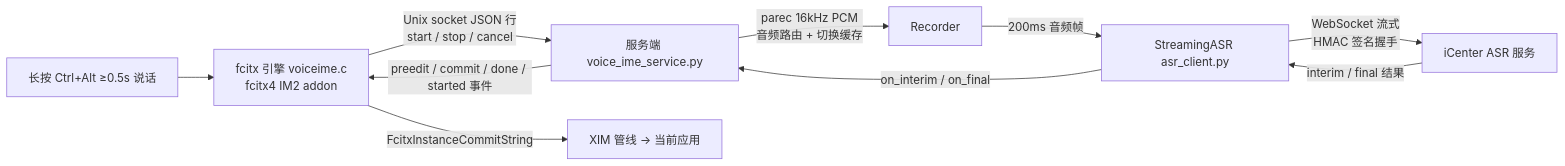
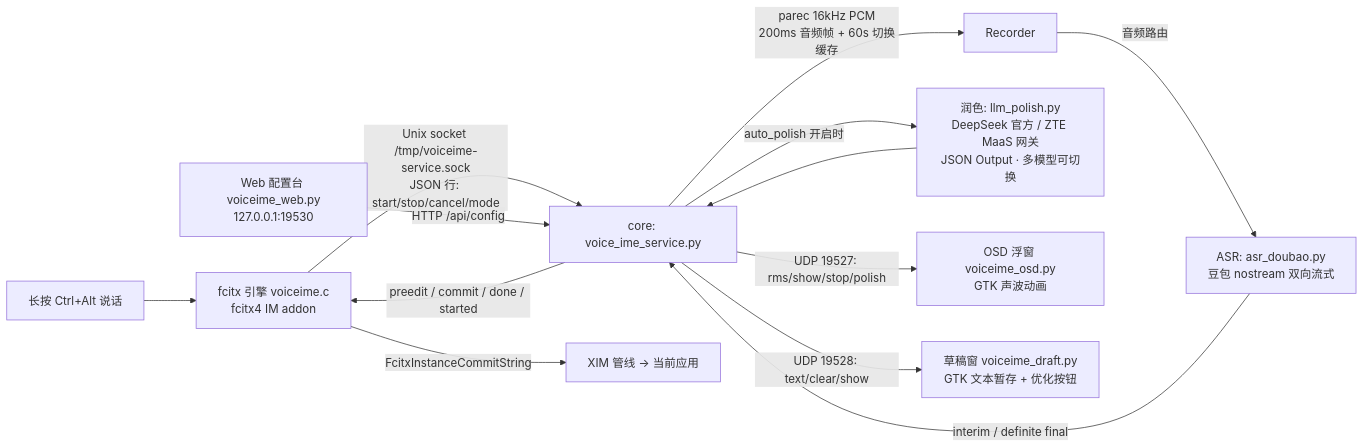
One commit to lzyyzznl/voice-ime changed the diagram in README.md. Above: the diagram before and after it, drawn with Mermaid. The commit also changed other lines of this file and 6 other files, not shown here.

````diff
--- a/README.md
+++ b/README.md
@@ -10,12 +10,15 @@
 ```mermaid
 flowchart LR
-    U[长按 Ctrl+Alt ≥0.5s 说话] --> E[fcitx 引擎 voiceime.c<br/>fcitx4 IM2 addon]
-    E -->|"Unix socket JSON 行<br/>start / stop / cancel"| S[服务端 voice_ime_service.py]
-    S -->|"parec 16kHz PCM<br/>音频路由 + 切换缓存"| R[Recorder]
-    R -->|"200ms 音频帧"| A[StreamingASR asr_client.py]
-    A -->|"WebSocket 流式<br/>HMAC 签名握手"| I[iCenter ASR 服务]
-    I -->|"interim / final 结果"| A
-    A -->|"on_interim / on_final"| S
-    S -->|"preedit / commit / done / started 事件"| E
+    U[长按 Ctrl+Alt 说话] --> E[fcitx 引擎 voiceime.c<br/>fcitx4 IM addon]
+    E -->|"Unix socket /tmp/voiceime-service.sock<br/>JSON 行: start/stop/cancel/mode"| S[core: voice_ime_service.py]
+    S -->|"parec 16kHz PCM<br/>200ms 音频帧 + 60s 切换缓存"| R[Recorder]
+    R -->|"音频路由"| A[ASR: asr_doubao.py<br/>豆包 nostream 双向流式]
+    A -->|"interim / definite final"| S
+    S -->|"auto_polish 开启时"| L[润色: llm_polish.py<br/>DeepSeek 官方 / ZTE MaaS 网关<br/>JSON Output · 多模型可切换]
+    L --> S
+    S -->|"preedit / commit / done / started"| E
+    S -->|"UDP 19527: rms/show/stop/polish"| O[OSD 浮窗 voiceime_osd.py<br/>GTK 声波动画]
+    S -->|"UDP 19528: text/clear/show"| D[草稿窗 voiceime_draft.py<br/>GTK 文本暂存 + 优化按钮]
+    W[Web 配置台 voiceime_web.py<br/>127.0.0.1:19530] -->|"HTTP /api/config"| S
     E -->|"FcitxInstanceCommitString"| X[XIM 管线 → 当前应用]
 ```
````
